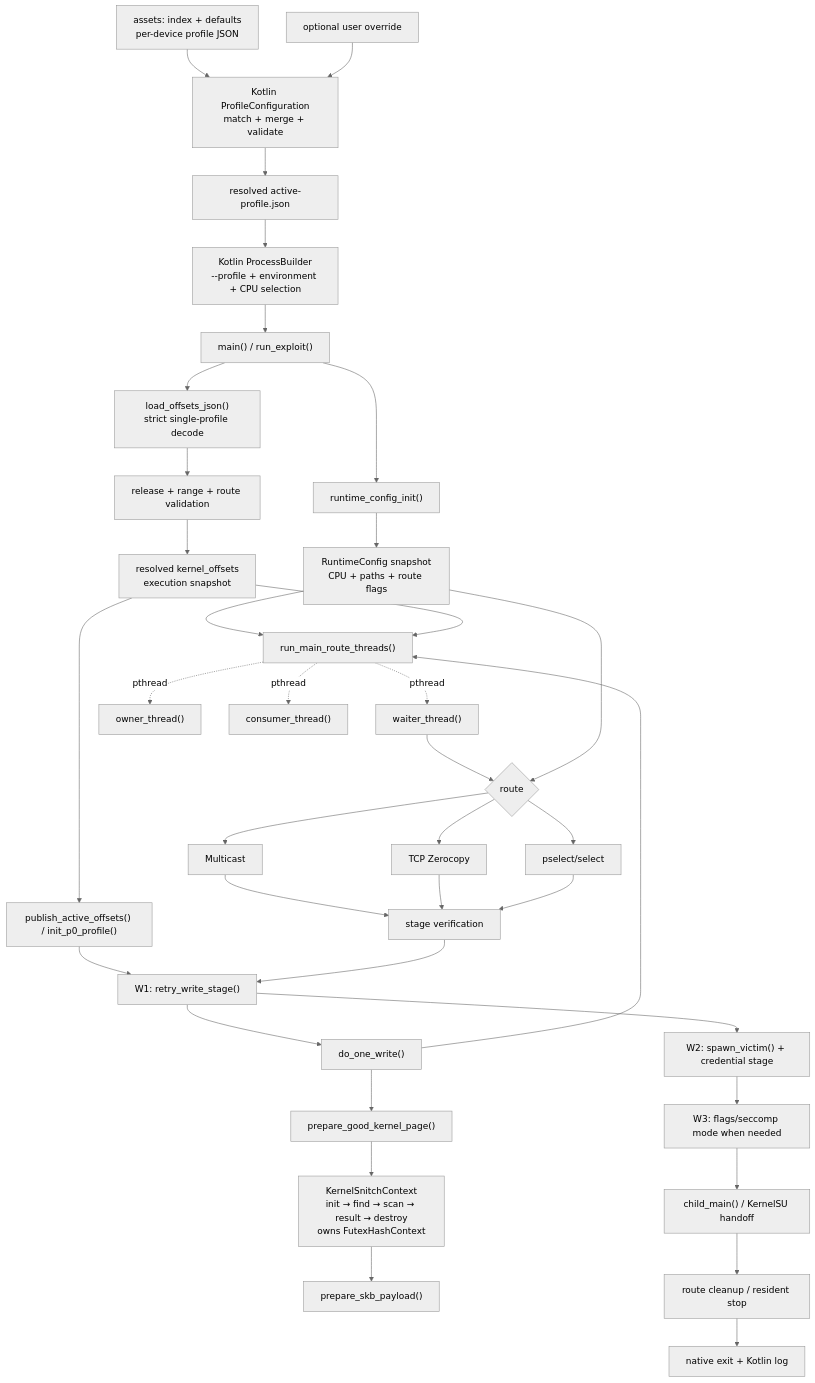
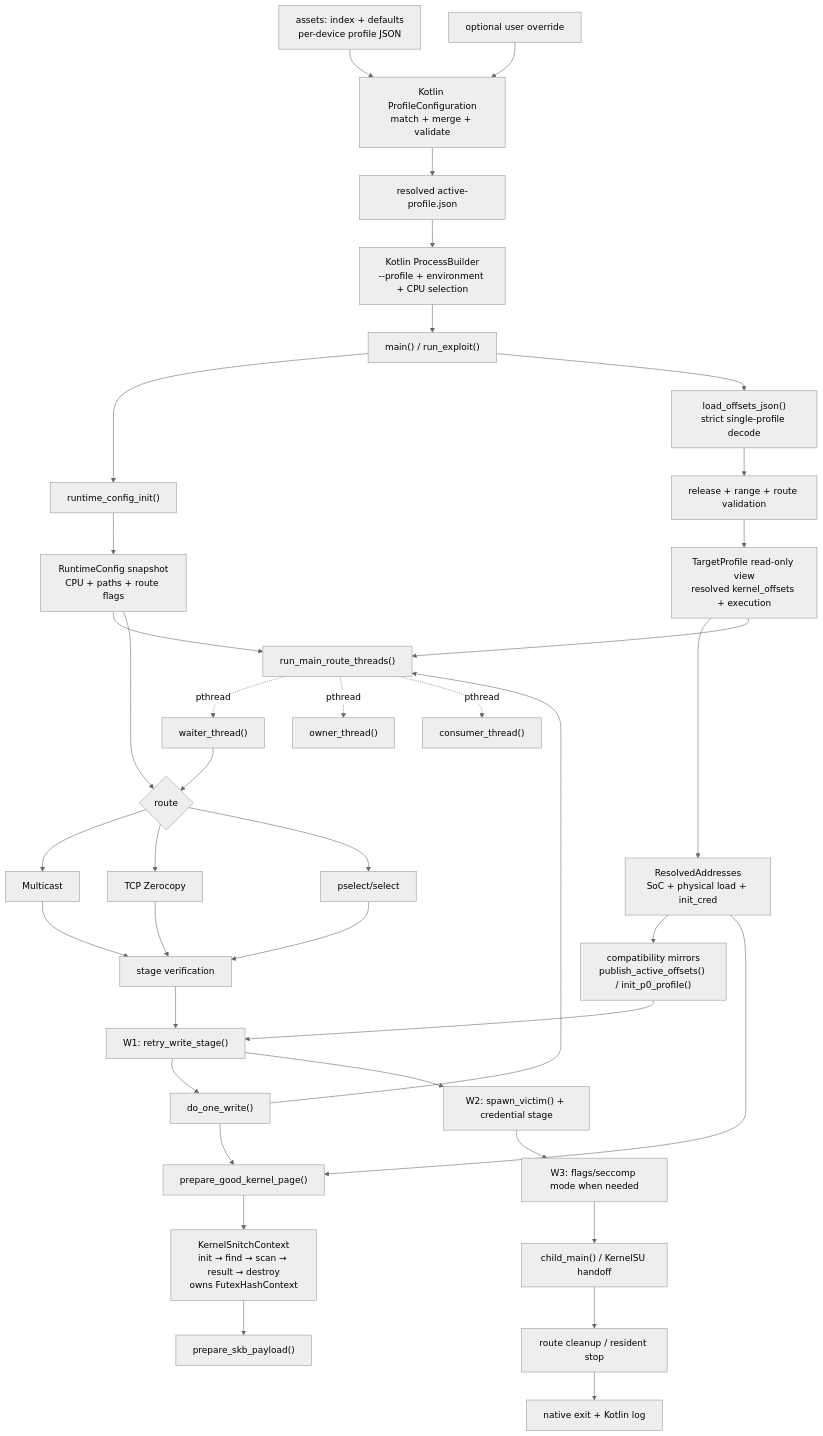
Before and after one commit to YuKongA/ghostlock-app: the first of 7 diagrams in analysis/routes.md, drawn with Mermaid (neutral theme). The commit also changed other lines of this file and 3 other files, not shown here.

````diff
--- a/analysis/routes.md
+++ b/analysis/routes.md
@@ -7,39 +7,41 @@
 ```mermaid
 flowchart TD
     Assets["assets: index + defaults<br/>per-device profile JSON"] --> Resolve["Kotlin ProfileConfiguration<br/>match + merge + validate"]
     Override["optional user override"] --> Resolve
     Resolve --> Active["resolved active-profile.json"]
     Active --> Launch["Kotlin ProcessBuilder<br/>--profile + environment + CPU selection"]
     Launch --> Main["main() / run_exploit()"]
     Main --> Config["runtime_config_init()"]
     Config --> Snapshot["RuntimeConfig snapshot<br/>CPU + paths + route flags"]
     Main --> Decode["load_offsets_json()<br/>strict single-profile decode"]
     Decode --> Validate["release + range + route validation"]
-    Validate --> Profile["resolved kernel_offsets<br/>execution snapshot"]
-    Profile --> Init["publish_active_offsets() / init_p0_profile()"]
+    Validate --> Profile["TargetProfile read-only view<br/>resolved kernel_offsets + execution"]
+    Profile --> Addresses["ResolvedAddresses<br/>SoC + physical load + init_cred"]
+    Addresses --> Init["compatibility mirrors<br/>publish_active_offsets() / init_p0_profile()"]
     Init --> W1["W1: retry_write_stage()"]
     W1 --> Write["do_one_write()"]
     Write --> Page["prepare_good_kernel_page()"]
     Page --> Snitch["KernelSnitchContext<br/>init → find → scan → result → destroy<br/>owns FutexHashContext"]
     Snitch --> Payload["prepare_skb_payload()"]
     Write --> Race["run_main_route_threads()"]
     Snapshot --> Race
     Profile --> Race
+    Addresses --> Page
     Race -. pthread .-> Waiter["waiter_thread()"]
     Race -. pthread .-> Owner["owner_thread()"]
     Race -. pthread .-> Consumer["consumer_thread()"]
     Waiter --> Choice{"route"}
     Snapshot --> Choice
     Choice --> M["Multicast"]
     Choice --> T["TCP Zerocopy"]
     Choice --> P["pselect/select"]
     M --> Verify["stage verification"]
     T --> Verify
     P --> Verify
     Verify --> W1
     W1 --> W2["W2: spawn_victim() + credential stage"]
     W2 --> W3["W3: flags/seccomp mode when needed"]
     W3 --> Root["child_main() / KernelSU handoff"]
     Root --> Cleanup["route cleanup / resident stop"]
     Cleanup --> Exit["native exit + Kotlin log"]
 ```
````
